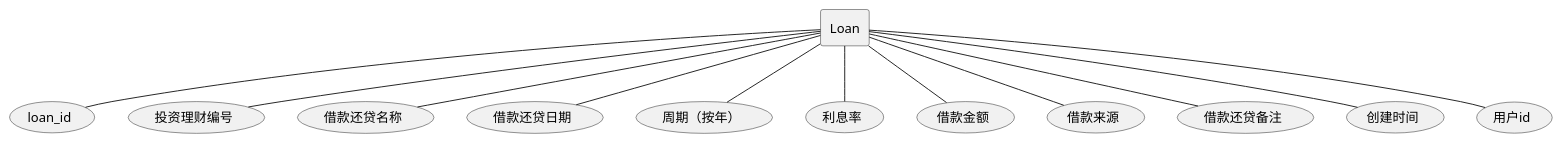
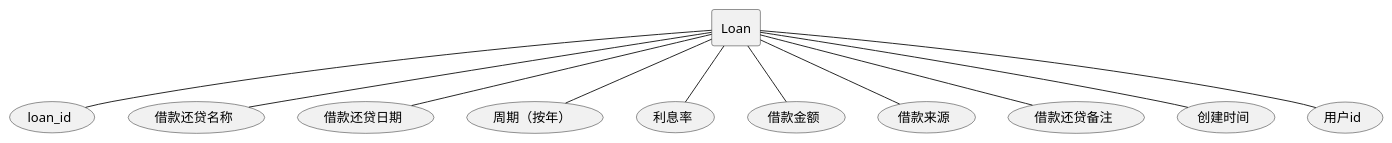
Diagram 26 of 31 in docs/UML/plantuml.md (xiaokangxxs/notebook), drawn with PlantUML before and after one commit. The commit also changed other lines of this file and 9 other files, not shown here.

Commit message:
add sqoop and update uml

````diff
--- a/docs/UML/plantuml.md
+++ b/docs/UML/plantuml.md
@@ -537,16 +532,15 @@
 ```plantuml
 @startuml
 rectangle Loan
 Loan -- (loan_id)
-Loan -- (投资理财编号)
 Loan -- (借款还贷名称)
 Loan -- (借款还贷日期)
 Loan -- (周期（按年）)
 Loan -- (利息率)
 Loan -- (借款金额)
 Loan -- (借款来源)
 Loan -- (借款还贷备注)
 Loan -- (创建时间)
 Loan -- (用户id)
 @enduml
 ```
````
